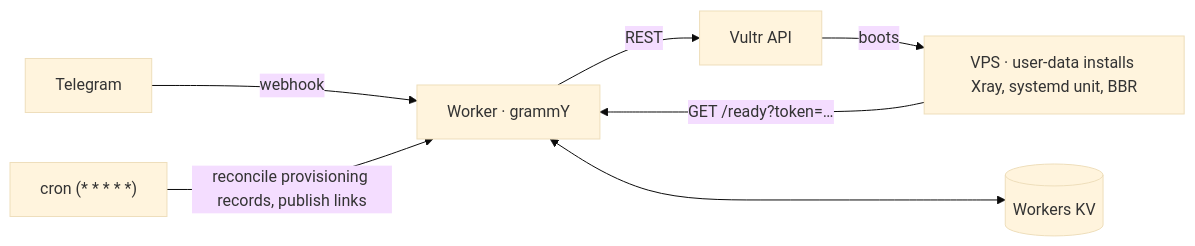
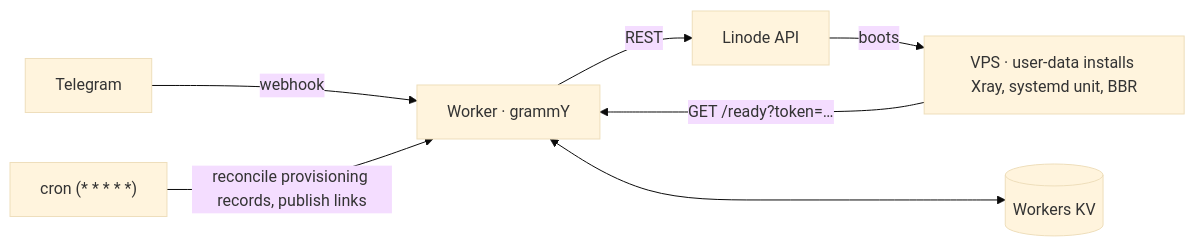
One commit to notlega/telegram-vpn-bot changed the diagram in README.md. Above: the diagram before and after it, drawn with Mermaid (base theme). The commit also changed other lines of this file and 5 other files, not shown here.

````diff
--- a/README.md
+++ b/README.md
@@ -24,9 +24,9 @@
 ```mermaid
 flowchart LR
     tg[Telegram] -- webhook --> w[Worker · grammY]
-    w -- REST --> v[Vultr API]
+    w -- REST --> v[Linode API]
     v -- boots --> vps["VPS · user-data installs Xray, systemd unit, BBR"]
     vps -- "GET /ready?token=…" --> w
     cron["cron (* * * * *)"] -- reconcile provisioning records, publish links --> w
     w <---> kv[(Workers KV)]
 ```
````
